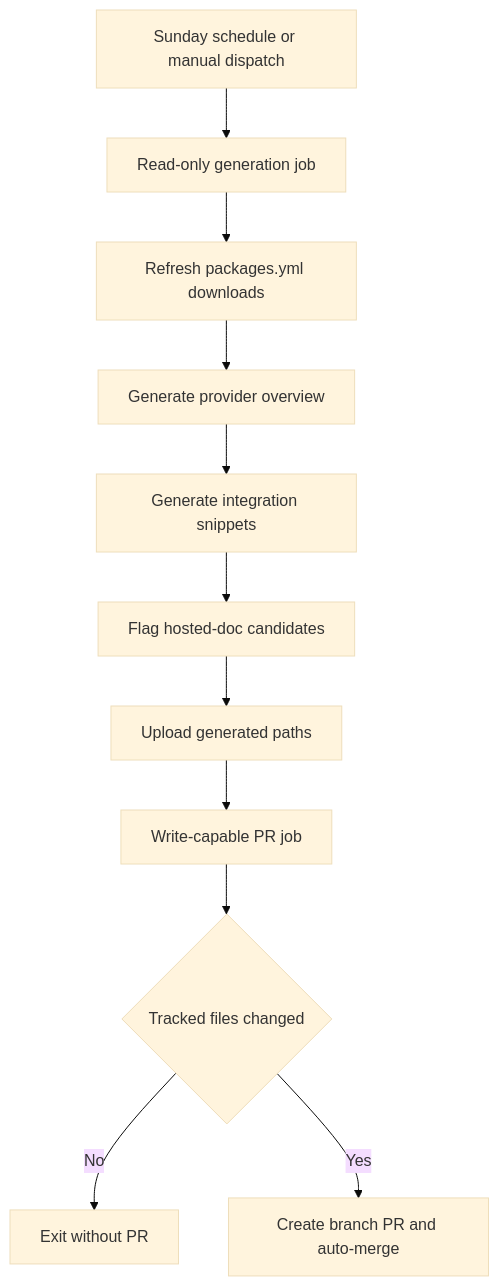
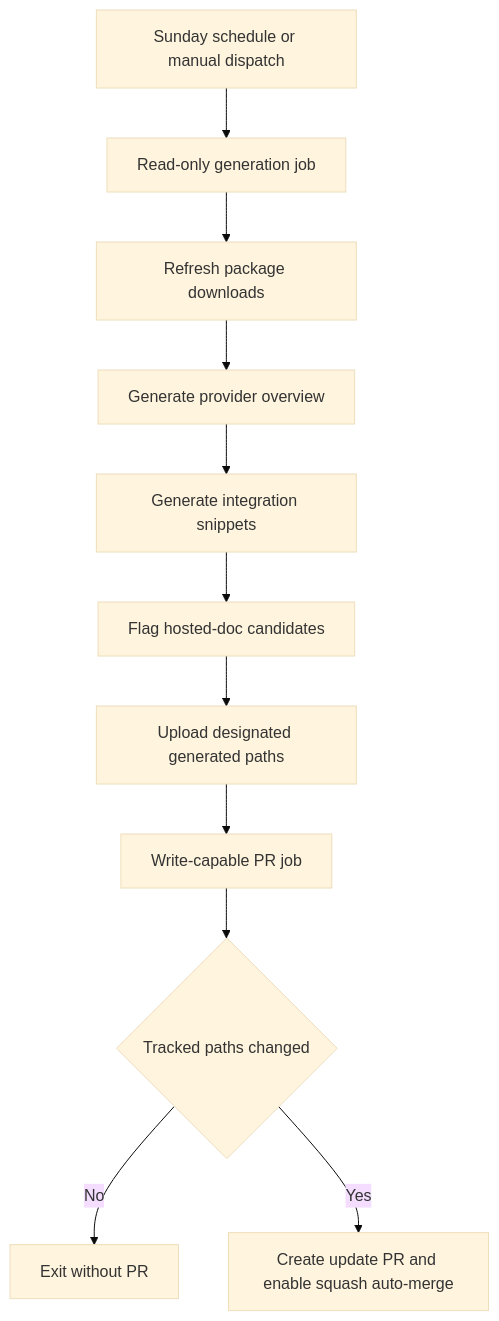
The third of 3 diagrams in openwiki/workflows/integration-listing-automation.md (langchain-ai/docs), drawn with Mermaid (base theme) before and after one commit. The commit also changed other lines of this file and 11 other files, not shown here.

````diff
--- a/openwiki/workflows/integration-listing-automation.md
+++ b/openwiki/workflows/integration-listing-automation.md
@@ -123,13 +132,13 @@
 ```mermaid
 flowchart TD
-    Trigger["Sunday schedule or manual dispatch"] --> ReadOnly["Read-only generation job"]
-    ReadOnly --> Counts["Refresh packages.yml downloads"]
-    Counts --> Overview["Generate provider overview"]
-    Overview --> Tables["Generate integration snippets"]
-    Tables --> Candidate["Flag hosted-doc candidates"]
-    Candidate --> Artifact["Upload generated paths"]
+    Trigger["Sunday schedule or manual dispatch"] --> Generator["Read-only generation job"]
+    Generator --> Downloads["Refresh package downloads"]
+    Downloads --> Provider["Generate provider overview"]
+    Provider --> Tables["Generate integration snippets"]
+    Tables --> Candidates["Flag hosted-doc candidates"]
+    Candidates --> Artifact["Upload designated generated paths"]
     Artifact --> Writer["Write-capable PR job"]
-    Writer --> Changed{"Tracked files changed"}
-    Changed -- No --> Exit["Exit without PR"]
-    Changed -- Yes --> RefreshPR["Create branch PR and auto-merge"]
+    Writer --> Changed{"Tracked paths changed"}
+    Changed -- No --> NoPR["Exit without PR"]
+    Changed -- Yes --> PR["Create update PR and enable squash auto-merge"]
 ```
````
